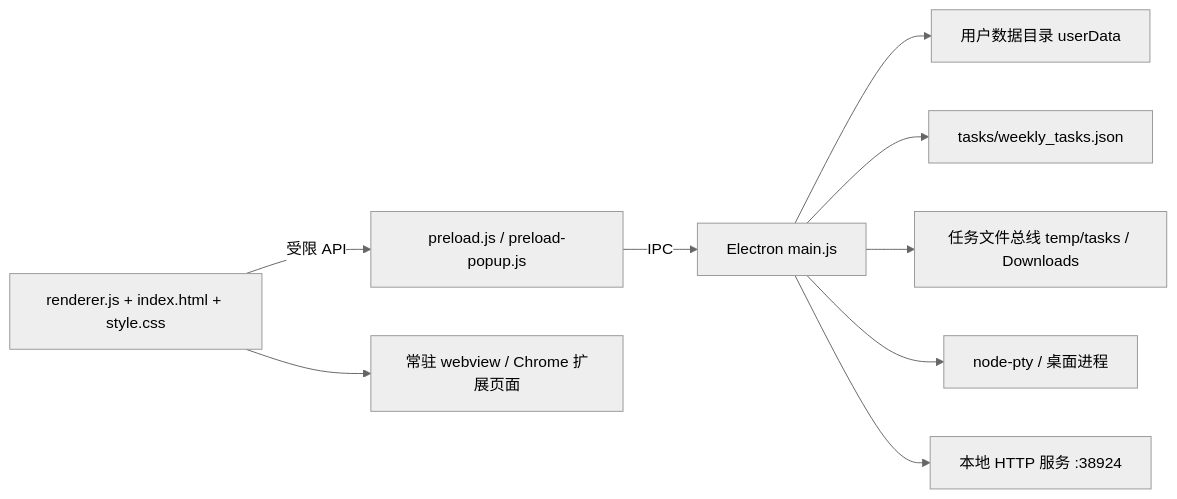
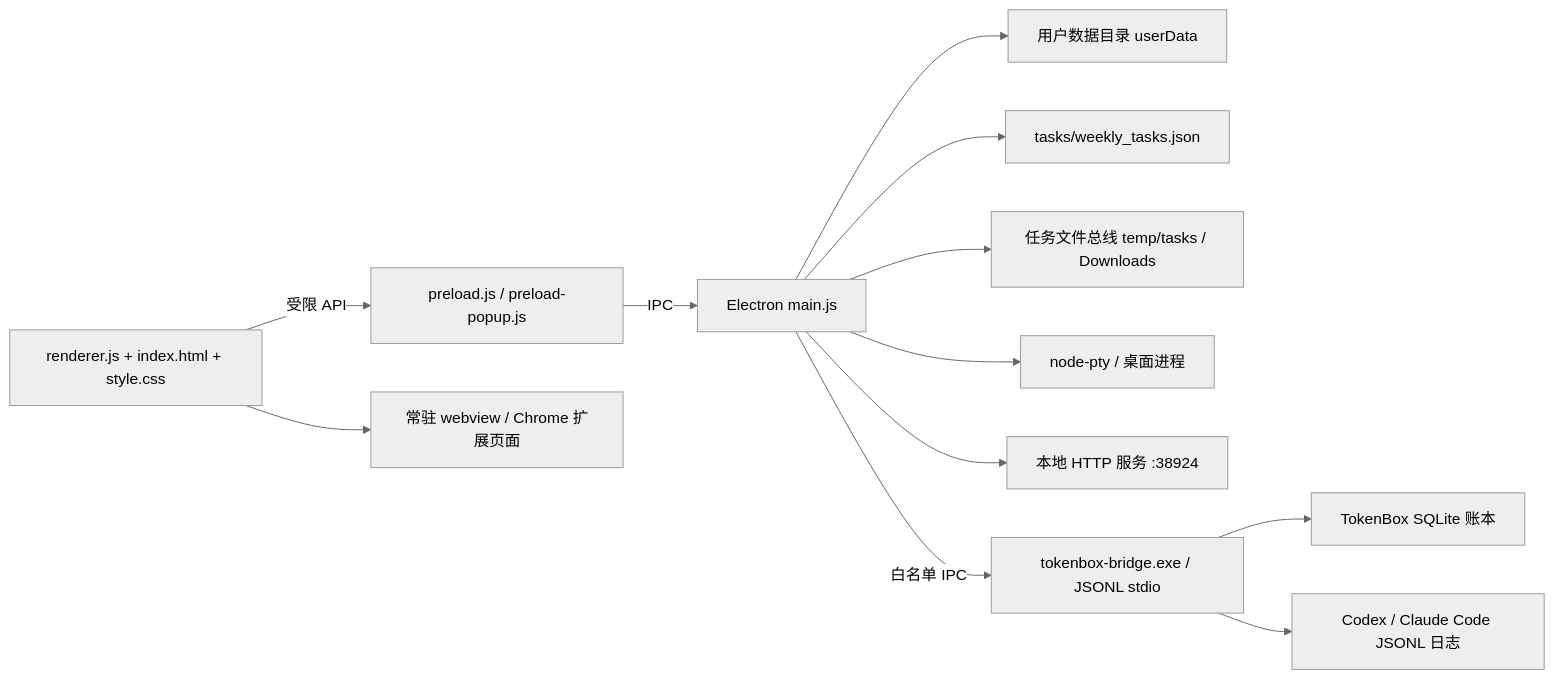
Before and after one commit to yujianshenming/ai-collab-hub: the diagram in personal-workbench/docs/PROJECT_HANDBOOK.md, drawn with Mermaid (neutral theme). The commit also changed other lines of this file and 15 other files, not shown here.

Commit message:
feat: integrate TokenBox token statistics

````diff
--- a/personal-workbench/docs/PROJECT_HANDBOOK.md
+++ b/personal-workbench/docs/PROJECT_HANDBOOK.md
@@ -105,21 +106,27 @@
 ```mermaid
 flowchart LR
   UI[renderer.js + index.html + style.css]
   PRELOAD[preload.js / preload-popup.js]
   MAIN[Electron main.js]
   WEB[常驻 webview / Chrome 扩展页面]
   DATA[用户数据目录 userData]
   TASKS[tasks/weekly_tasks.json]
   BUS[任务文件总线 temp/tasks / Downloads]
   PTY[node-pty / 桌面进程]
   HTTP[本地 HTTP 服务 :38924]
+  BRIDGE[tokenbox-bridge.exe / JSONL stdio]
+  TOKENDB[TokenBox SQLite 账本]
+  LOGS[Codex / Claude Code JSONL 日志]
 
   UI -->|受限 API| PRELOAD
   PRELOAD -->|IPC| MAIN
   UI --> WEB
   MAIN --> DATA
   MAIN --> TASKS
   MAIN --> BUS
   MAIN --> PTY
   MAIN --> HTTP
+  MAIN -->|白名单 IPC| BRIDGE
+  BRIDGE --> TOKENDB
+  BRIDGE --> LOGS
 ```
````
